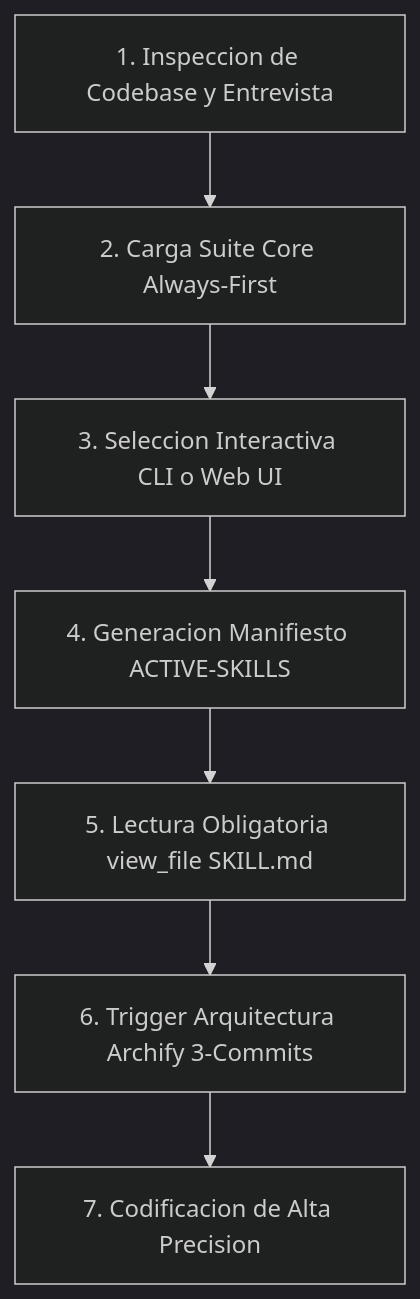
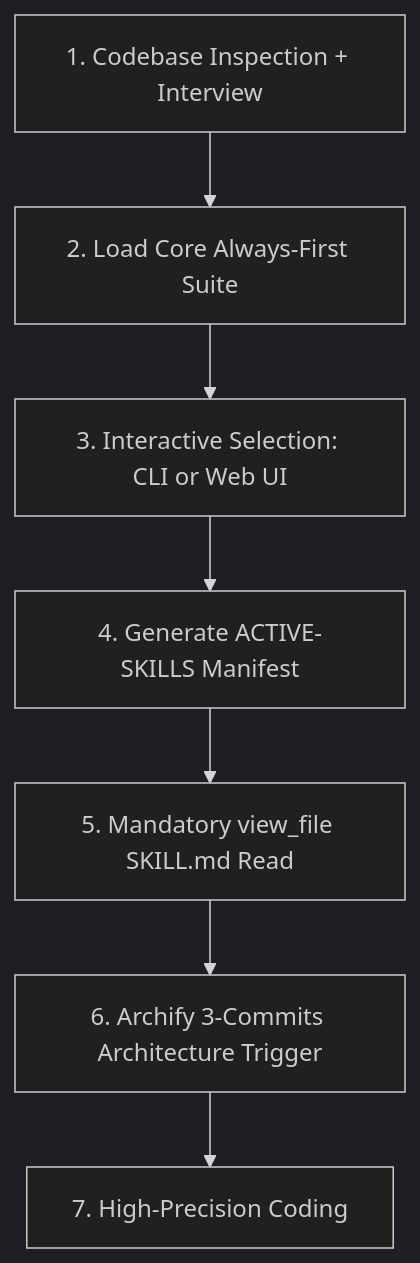
The diagram in README.md (camilolealdev/superduperskills), drawn with Mermaid (dark theme) before and after one commit. The commit also changed other lines of this file and 9 other files, not shown here.

Commit message:
feat(cli): release SuperDuperSkills CLI v5.0.0 OmniPower with mouse support, token budget, mission modes, prompt exporter, and stack watcher

````diff
--- a/README.md
+++ b/README.md
@@ -64,9 +246,9 @@
 ```mermaid
 graph TD
-    A[1. Inspeccion de Codebase y Entrevista] --> B[2. Carga Suite Core Always-First]
-    B --> C[3. Seleccion Interactiva CLI o Web UI]
-    C --> D[4. Generacion Manifiesto ACTIVE-SKILLS]
-    D --> E[5. Lectura Obligatoria view_file SKILL.md]
-    E --> F[6. Trigger Arquitectura Archify 3-Commits]
-    F --> G[7. Codificacion de Alta Precision]
+    A[1. Codebase Inspection + Interview] --> B[2. Load Core Always-First Suite]
+    B --> C[3. Interactive Selection: CLI or Web UI]
+    C --> D[4. Generate ACTIVE-SKILLS Manifest]
+    D --> E[5. Mandatory view_file SKILL.md Read]
+    E --> F[6. Archify 3-Commits Architecture Trigger]
+    F --> G[7. High-Precision Coding]
 ```
````
